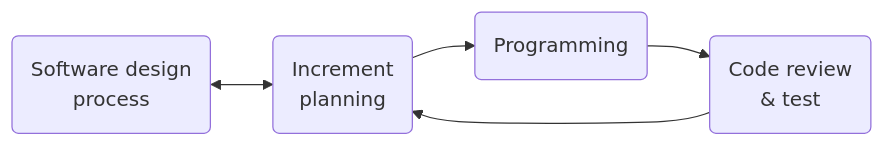
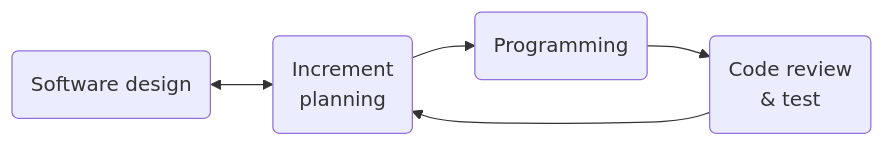
Before and after one commit to Riccardo-Gottardi/riccardo-gottardi.github.io: the diagram in content/blog/takes/ai_assisted_development.md, drawn with Mermaid. The commit also changed 4 other files, not shown here.

````diff
--- a/content/blog/takes/ai_assisted_development.md
+++ b/content/blog/takes/ai_assisted_development.md
@@ -22,12 +22,15 @@
 ```mermaid
 flowchart LR
-    design("Software design<br/>process")
+    accTitle: Software process with AI in the loop
+    accDescr: Software design and increment planning feed each other in both directions. Each increment goes to programming, then to code review and test, which loops back to planning the next increment.
+
+    design("Software design")
     increment("Increment<br/>planning")
     programming("Programming")
     review("Code review<br/>& test")
     
     design <--> increment
     increment --> programming
     programming --> review
     review --> increment
 ```
````
